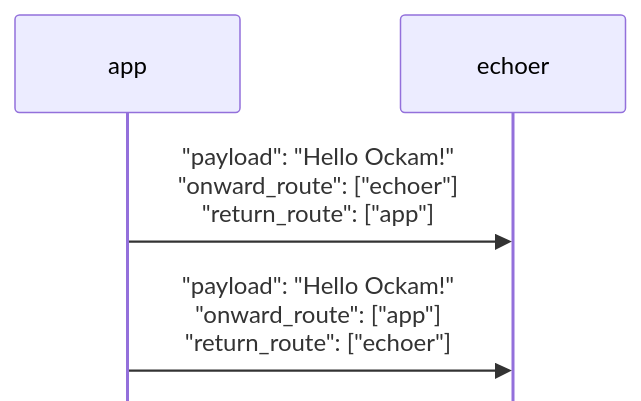
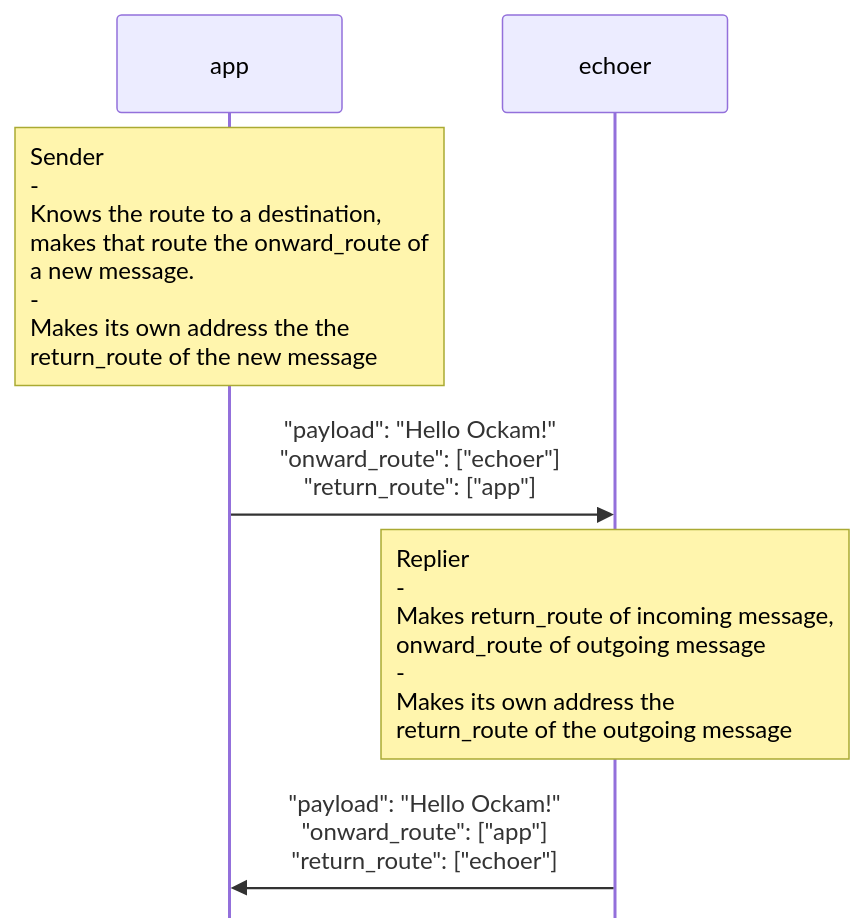
The first of 3 diagrams in libraries/rust/routing.md (build-trust/ockam-documentation), drawn with Mermaid before and after one commit. The commit also changed other lines of this file, not shown here.

````diff
--- a/libraries/rust/routing.md
+++ b/libraries/rust/routing.md
@@ -34,9 +34,11 @@
 ```mermaid
-%%{init: { "fontFamily": "monospace", "sequence": {"mirrorActors": false} }}%%
+%%{init: { "fontFamily": "monospace", "sequence": {"mirrorActors": false, "noteAlign": "left"} }}%%
 sequenceDiagram
-    app ->> echoer: "payload": "Hello Ockam!"<br>"onward_route": ["echoer"]<br>"return_route": ["app"]
-    app ->> echoer: "payload": "Hello Ockam!"<br>"onward_route": ["app"]<br>"return_route": ["echoer"]
+    Note over    app: Sender<br>-<br>Knows the route to a destination,<br>makes that route the onward_route of<br>a new message.<br>-<br>Makes its own address the the<br>return_route of the new message
+    app   ->> echoer: "payload": "Hello Ockam!"<br>"onward_route": ["echoer"]<br>"return_route": ["app"]
+    Note over echoer:  Replier<br>-<br>Makes return_route of incoming message,<br>onward_route of outgoing message<br>-<br>Makes its own address the <br>return_route of the outgoing message
+    echoer   ->> app: "payload": "Hello Ockam!"<br>"onward_route": ["app"]<br>"return_route": ["echoer"]
 
 
 
 ```
````
